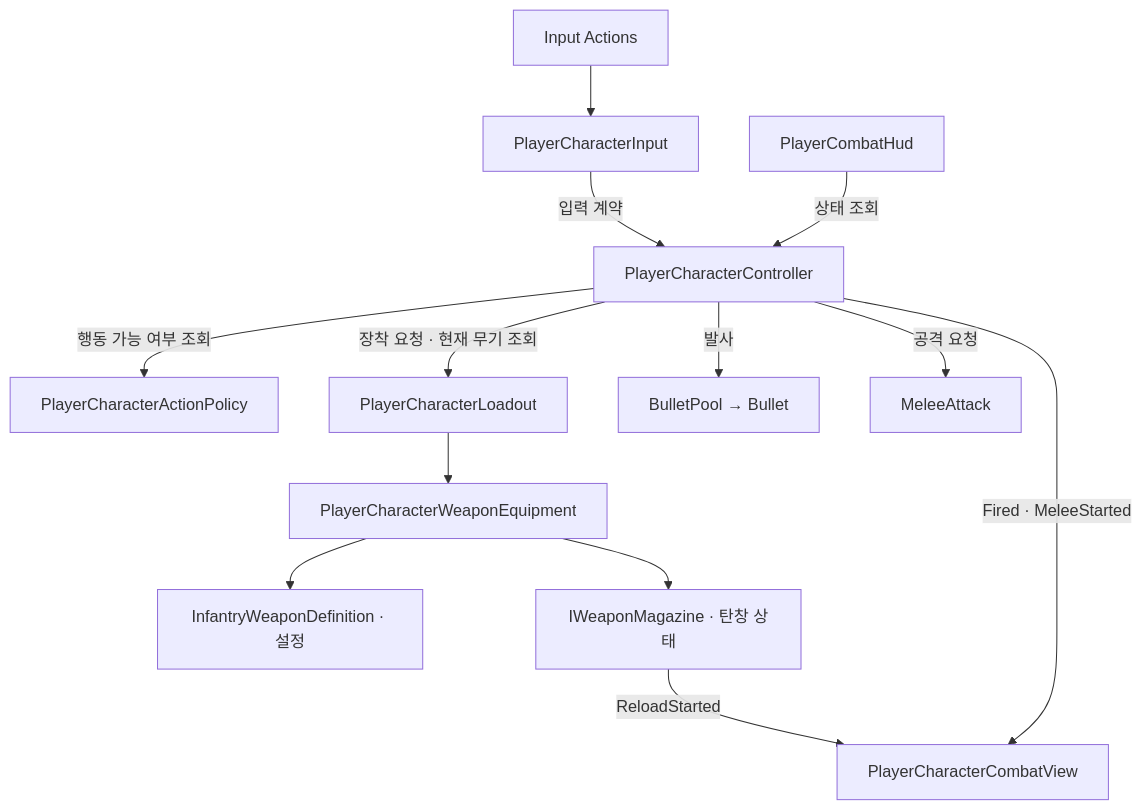
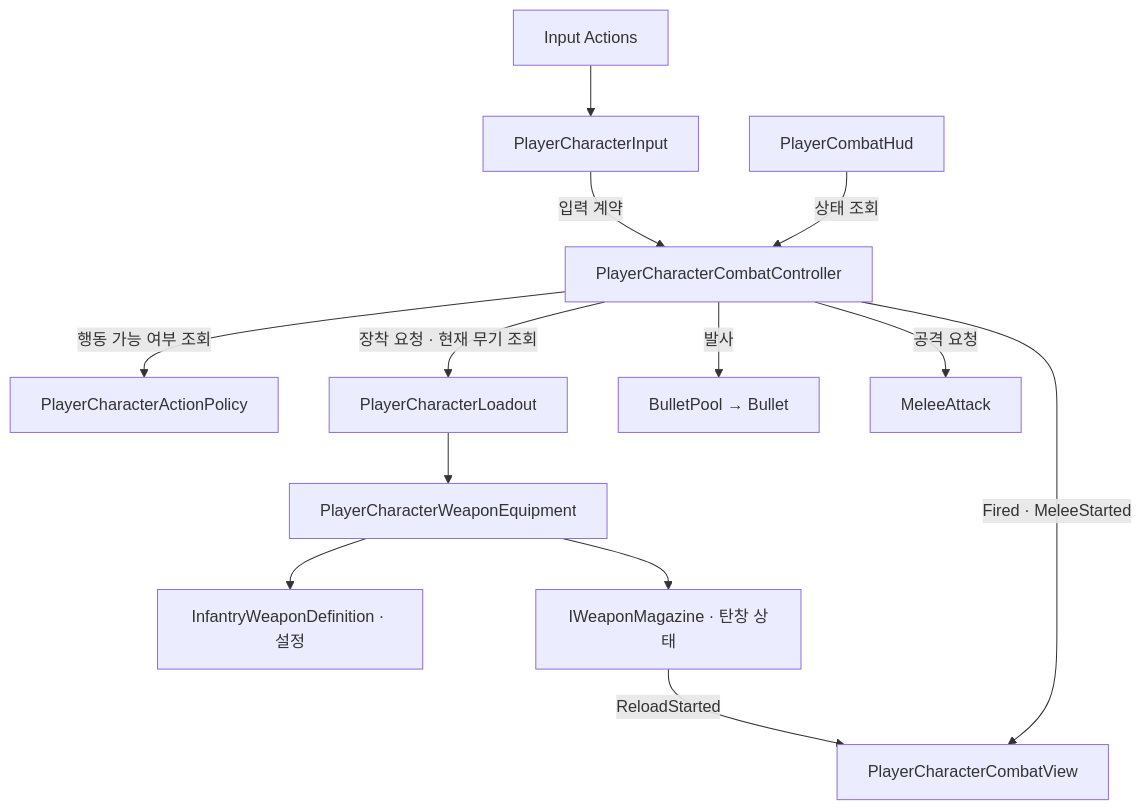
Before and after one commit to wooyong2223-hue/Battlefield_Project: the second of 5 diagrams in Docs/Manual/Architecture.md, drawn with Mermaid. The commit also changed other lines of this file and 336 other files, not shown here.

````diff
--- a/Docs/Manual/Architecture.md
+++ b/Docs/Manual/Architecture.md
@@ -21,15 +21,15 @@
 ```mermaid
 flowchart TD
     Bind["Input Actions"] --> Input["PlayerCharacterInput"]
-    Input -->|입력 계약| Combat["PlayerCharacterController"]
+    Input -->|입력 계약| Combat["PlayerCharacterCombatController"]
     Combat -->|행동 가능 여부 조회| Policy["PlayerCharacterActionPolicy"]
     Combat -->|장착 요청 · 현재 무기 조회| Loadout["PlayerCharacterLoadout"]
     Loadout --> Equipment["PlayerCharacterWeaponEquipment"]
     Equipment --> Definition["InfantryWeaponDefinition · 설정"]
     Equipment --> Magazine["IWeaponMagazine · 탄창 상태"]
     Combat -->|발사| Pool["BulletPool → Bullet"]
     Combat -->|공격 요청| Melee["MeleeAttack"]
     Combat -->|Fired · MeleeStarted| View["PlayerCharacterCombatView"]
     Magazine -->|ReloadStarted| View
     HUD["PlayerCombatHud"] -->|상태 조회| Combat
 ```
````
